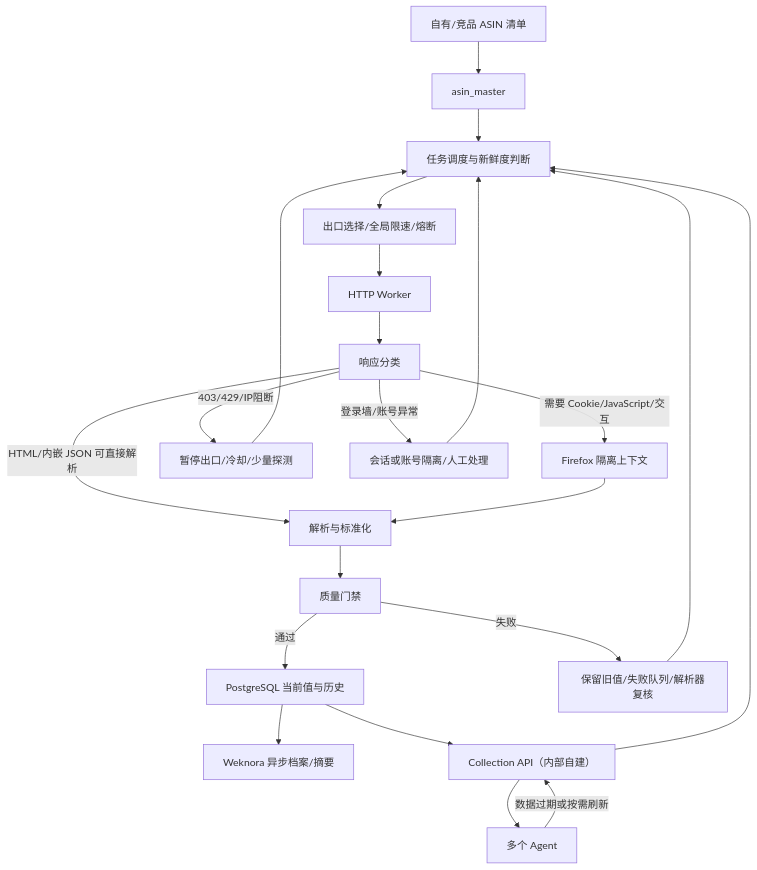
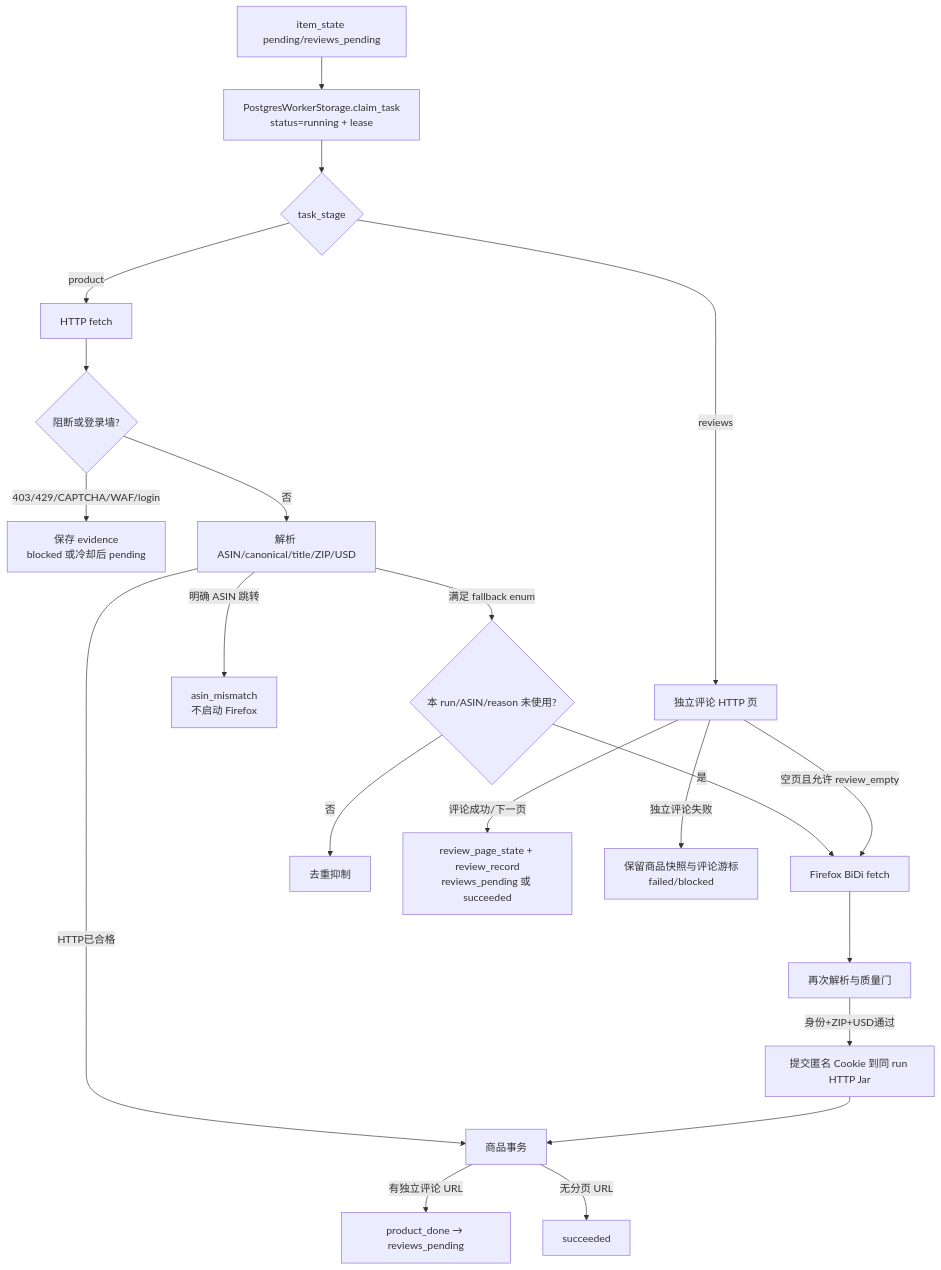
The second of 2 diagrams in docs/main_report.md (DEDC-JINKUN/amazon-crawler), drawn with Mermaid before and after one commit. The commit also changed other lines of this file and 9 other files, not shown here.

````diff
--- a/docs/main_report.md
+++ b/docs/main_report.md
@@ -589,24 +71,23 @@
 ```mermaid
 flowchart TD
-    A[自有/竞品 ASIN 清单] --> B[asin_master]
-    B --> C[任务调度与新鲜度判断]
-    C --> D[出口选择/全局限速/熔断]
-    D --> E[HTTP Worker]
-    E --> F[响应分类]
-    F -->|HTML/内嵌 JSON 可直接解析| G[解析与标准化]
-    F -->|需要 Cookie/JavaScript/交互| H[Firefox 隔离上下文]
-    H --> G
-    F -->|403/429/IP阻断| I[暂停出口/冷却/少量探测]
-    F -->|登录墙/账号异常| I2[会话或账号隔离/人工处理]
-    G --> J[质量门禁]
-    J -->|通过| K[PostgreSQL 当前值与历史]
-    J -->|失败| I3[保留旧值/失败队列/解析器复核]
-    I --> C
-    I2 --> C
-    I3 --> C
-    K --> L[Weknora 异步档案/摘要]
-    K --> M[Collection API（内部自建）]
-    M --> N[多个 Agent]
-    N -->|数据过期或按需刷新| M
-    M --> C
+    A[item_state pending/reviews_pending] --> B[PostgresWorkerStorage.claim_task<br/>status=running + lease]
+    B --> C{task_stage}
+    C -->|product| D[HTTP fetch]
+    C -->|reviews| R[独立评论 HTTP 页]
+    D --> E{阻断或登录墙?}
+    E -->|403/429/CAPTCHA/WAF/login| X[保存 evidence<br/>blocked 或冷却后 pending]
+    E -->|否| F[解析 ASIN/canonical/title/ZIP/USD]
+    F -->|明确 ASIN 跳转| Y[asin_mismatch<br/>不启动 Firefox]
+    F -->|满足 fallback enum| G{本 run/ASIN/reason 未使用?}
+    G -->|是| H[Firefox BiDi fetch]
+    G -->|否| Z[去重抑制]
+    H --> I[再次解析与质量门]
+    I -->|身份+ZIP+USD通过| J[提交匿名 Cookie 到同 run HTTP Jar]
+    F -->|HTTP已合格| K[商品事务]
+    J --> K
+    K -->|有独立评论 URL| L[product_done → reviews_pending]
+    K -->|无分页 URL| M[succeeded]
+    R -->|空页且允许 review_empty| H
+    R -->|评论成功/下一页| N[review_page_state + review_record<br/>reviews_pending 或 succeeded]
+    R -->|独立评论失败| O[保留商品快照与评论游标<br/>failed/blocked]
 ```
````
